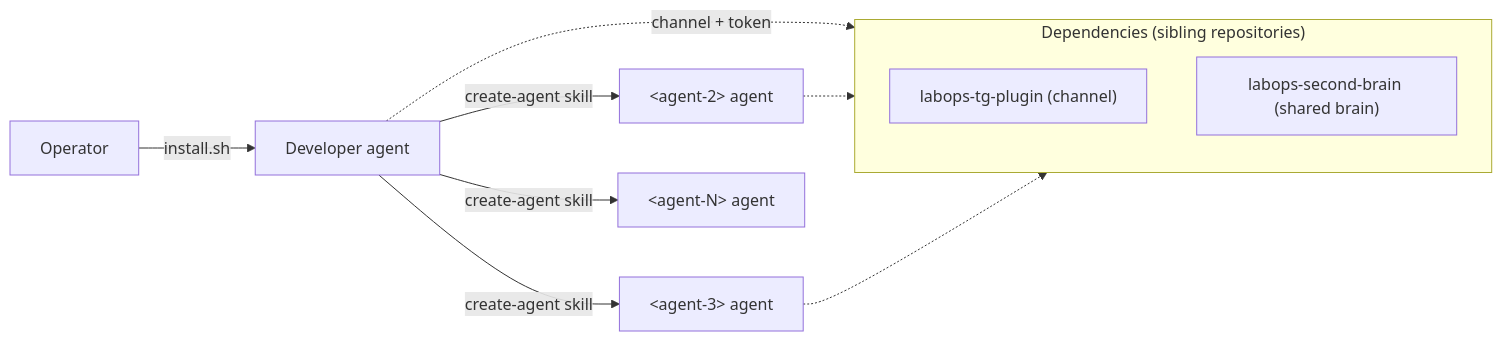
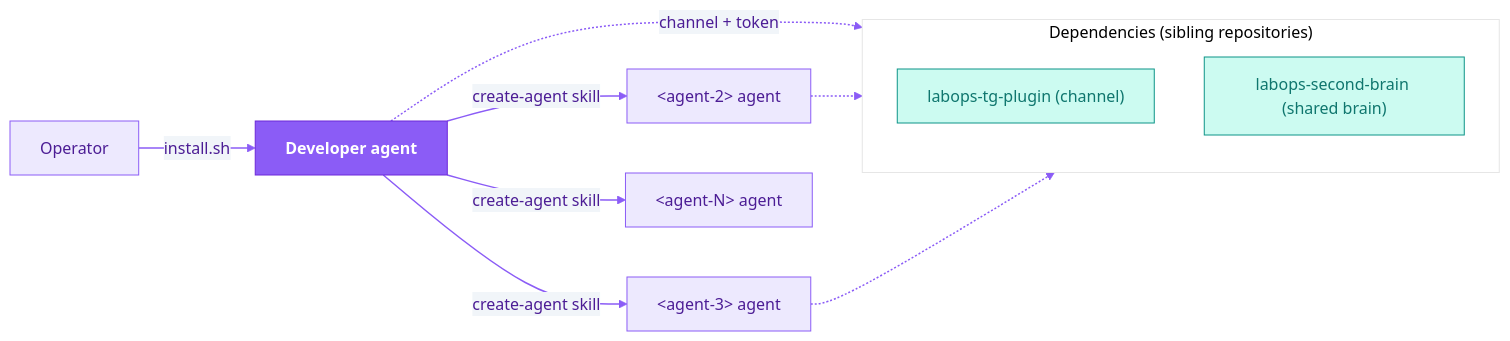
Before and after one commit to dediukhinpa/labops-agent-architecture: the first of 4 diagrams in README.md, drawn with Mermaid. The commit also changed other lines of this file and 1 other file, not shown here.

First line of the commit message:
docs: brand-styled diagrams + GitHub alert callouts (EN+RU)

````diff
--- a/README.md
+++ b/README.md
@@ -67,14 +68,22 @@
 ```mermaid
+%%{init: {'theme':'base','themeVariables':{'primaryColor':'#EDE9FE','primaryTextColor':'#4C1D95','primaryBorderColor':'#8B5CF6','lineColor':'#8B5CF6','secondaryColor':'#F1F5F9','tertiaryColor':'#ffffff','fontFamily':'Helvetica,Arial,sans-serif'}}}%%
 flowchart LR
   Operator["Operator"] -->|install.sh| Dev["Developer agent"]
   Dev -->|create-agent skill| A2["&lt;agent-2&gt; agent"]
   Dev -->|create-agent skill| A3["&lt;agent-3&gt; agent"]
   Dev -->|create-agent skill| An["&lt;agent-N&gt; agent"]
   subgraph deps["Dependencies (sibling repositories)"]
     TG["labops-tg-plugin (channel)"]
     SB["labops-second-brain (shared brain)"]
   end
   Dev -.->|channel + token| deps
   A2 -.-> deps
   A3 -.-> deps
+  classDef brand fill:#8B5CF6,stroke:#6D28D9,color:#ffffff,font-weight:bold
+  classDef ext fill:#CCFBF1,stroke:#0D9488,color:#0F766E
+  classDef store fill:#FEF3C7,stroke:#D97706,color:#92400E
+  classDef sys fill:#E2E8F0,stroke:#334155,color:#1E293B
+  linkStyle default stroke:#8B5CF6,stroke-width:1.5px
+  class Dev brand
+  class TG,SB ext
 ```
````
